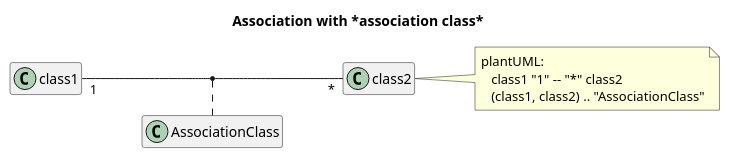
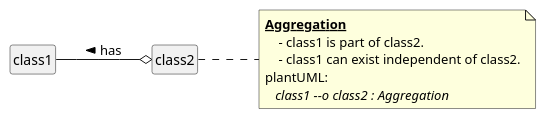
Before and after one commit to chraxo/UmlMarkdownCheatSheet: diagram 11 of 23 in uml_markdown_summary.md, drawn with PlantUML. The commit also changed other lines of this file, not shown here.

Commit message:
class diagram: further improvement

```diff
--- a/uml_markdown_summary.md
+++ b/uml_markdown_summary.md
@@ -259,16 +333,19 @@
 @startuml
+    skinparam classFontName Consolas
+    skinparam classAttributeFontName Consolas
+    skinparam noteFontName Consolas
+
+    hide empty members
     left to right direction
-    skinparam noteFontName Consolas
-    hide empty members
+    skinparam style strictuml
+    
+    class1 --o class2 : < has
 
-    title Association with *association class*
-
-    class1 "1" -- "*" class2
-    (class1, class2) .. "AssociationClass"
-        
-    note right of class2
+    note right
+        **__Aggregation__**
+            - class1 is part of class2.
+            - class1 can exist independent of class2.
         plantUML:
-           class1 "1" -- "*" class2
-           (class1, class2) .. "AssociationClass"
+           //class1 --o class2 : Aggregation//
     end note
 @enduml
```
